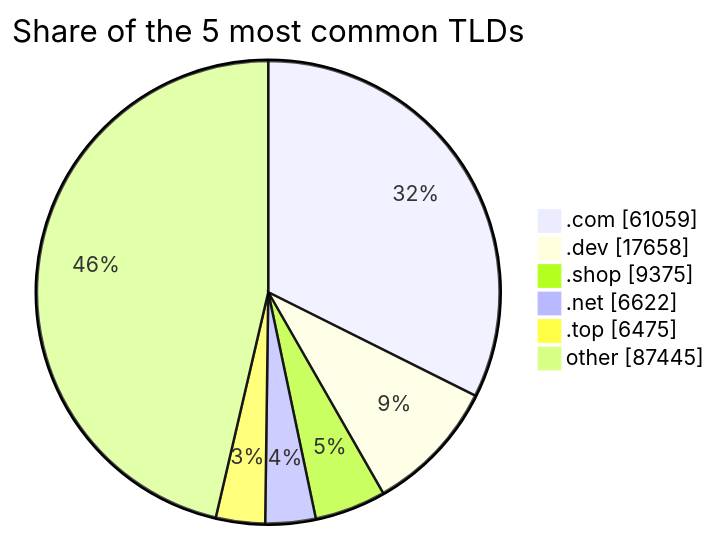
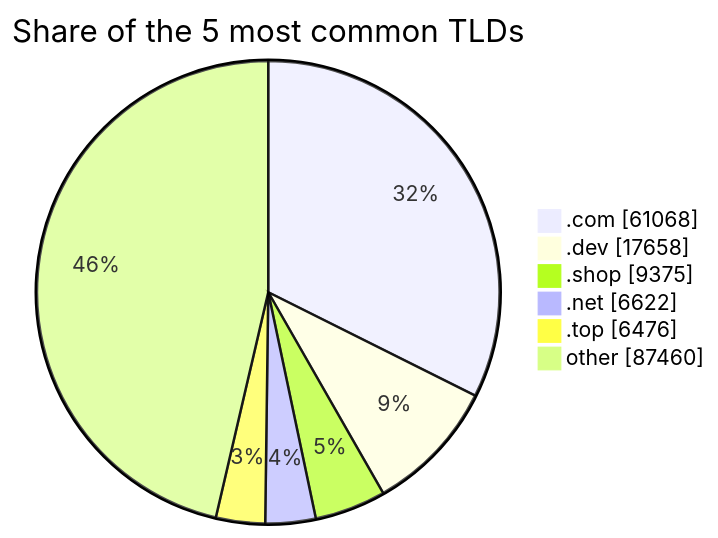
One commit to DNSBunker/CTI changed the third of 3 diagrams in README.md. Above: the diagram before and after it, drawn with Mermaid. The commit also changed other lines of this file and 3 other files, not shown here.

````diff
--- a/README.md
+++ b/README.md
@@ -81,9 +81,9 @@
 ```mermaid
 pie showData title Share of the 5 most common TLDs
-    ".com" : 61059
+    ".com" : 61068
     ".dev" : 17658
     ".shop" : 9375
     ".net" : 6622
-    ".top" : 6475
-    "other" : 87445
+    ".top" : 6476
+    "other" : 87460
 ```
````
